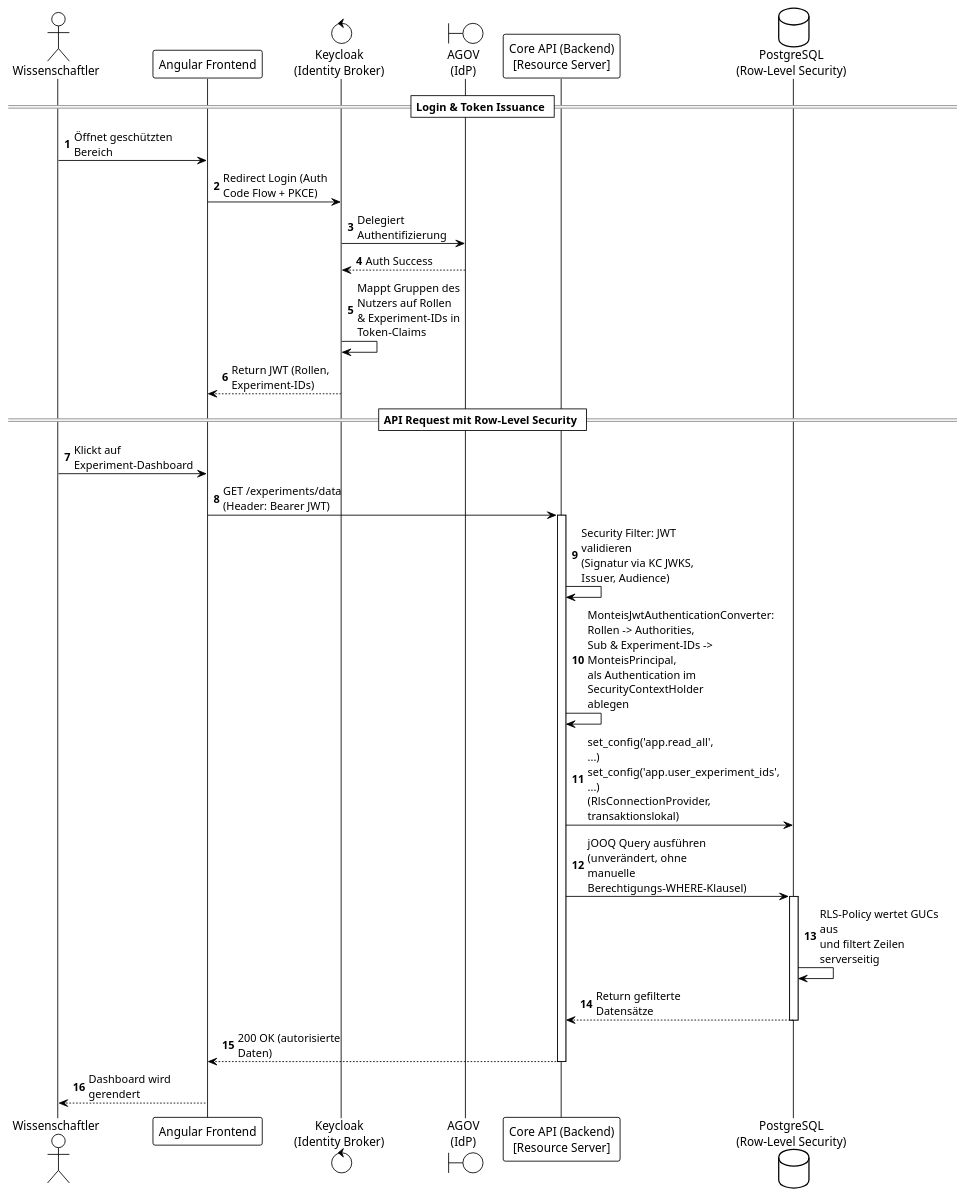
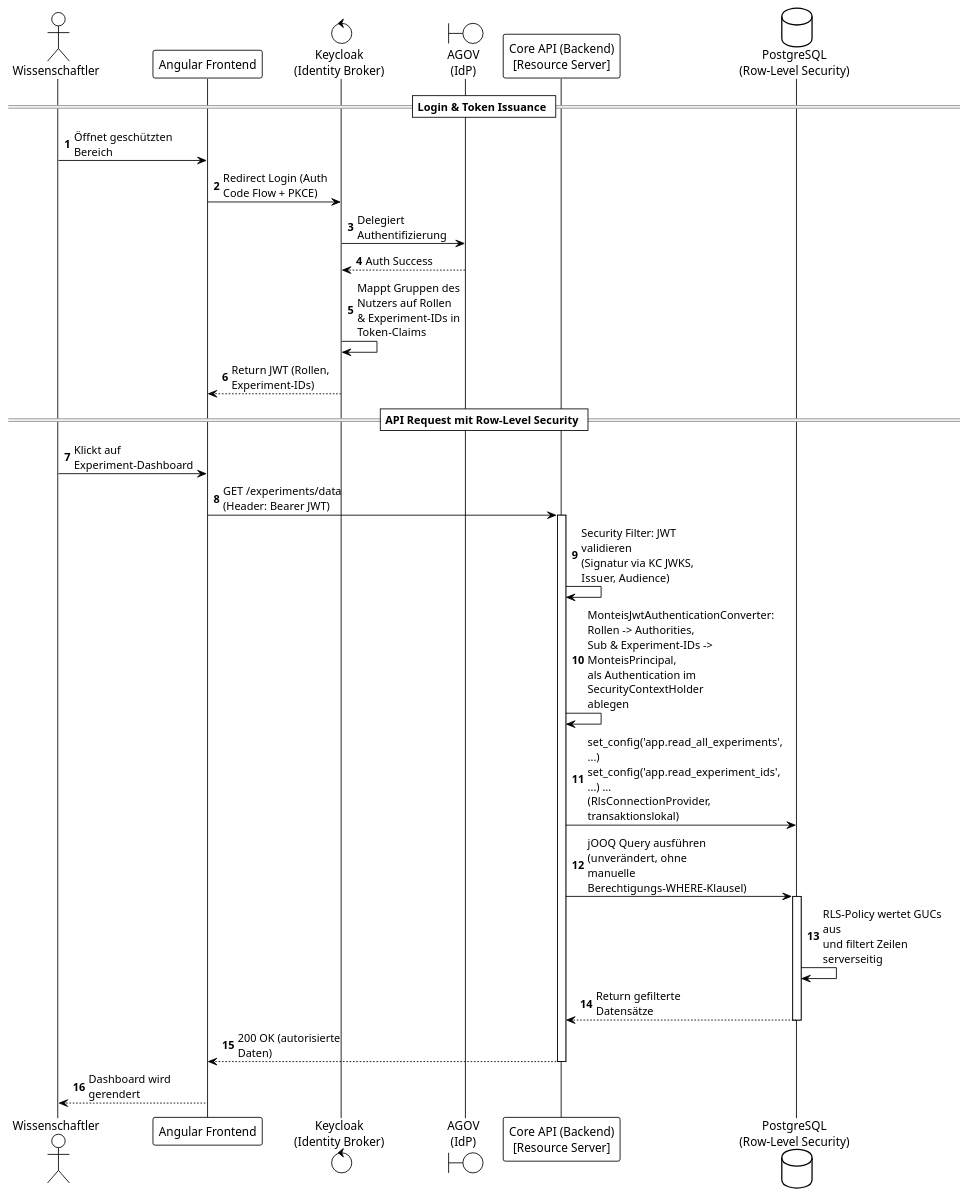
One commit to swisstopo/lg-monteis changed the diagram in documentation/architecture/images/iam-sequence.puml. Above: the diagram before and after it, drawn with PlantUML. The commit also changed 85 other files, not shown here.

```diff
--- a/documentation/architecture/images/iam-sequence.puml
+++ b/documentation/architecture/images/iam-sequence.puml
@@ -1,41 +1,41 @@
 @startuml
 !theme plain
 autonumber
 skinparam maxMessageSize 150
 
 actor "Wissenschaftler" as User
 participant "Angular Frontend" as UI
 control "Keycloak\n(Identity Broker)" as KC
 boundary "AGOV\n(IdP)" as AGOV
 participant "Core API (Backend)\n[Resource Server]" as Backend
 database "PostgreSQL\n(Row-Level Security)" as DB
 
 == Login & Token Issuance ==
 User -> UI : Öffnet geschützten Bereich
 UI -> KC : Redirect Login (Auth Code Flow + PKCE)
 KC -> AGOV : Delegiert Authentifizierung
 AGOV --> KC : Auth Success
 KC -> KC : Mappt Gruppen des Nutzers auf Rollen\n& Experiment-IDs in Token-Claims
 KC --> UI : Return JWT (Rollen, Experiment-IDs)
 
 == API Request mit Row-Level Security ==
 User -> UI : Klickt auf Experiment-Dashboard
 UI -> Backend : GET /experiments/data\n(Header: Bearer JWT)
 activate Backend
 
 Backend -> Backend : Security Filter: JWT validieren\n(Signatur via KC JWKS, Issuer, Audience)
 Backend -> Backend : MonteisJwtAuthenticationConverter: Rollen -> Authorities,\nSub & Experiment-IDs -> MonteisPrincipal,\nals Authentication im SecurityContextHolder ablegen
 
-Backend -> DB : set_config('app.read_all', ...)\nset_config('app.user_experiment_ids', ...)\n(RlsConnectionProvider, transaktionslokal)
+Backend -> DB : set_config('app.read_all_experiments', ...)\nset_config('app.read_experiment_ids', ...) …\n(RlsConnectionProvider, transaktionslokal)
 Backend -> DB : jOOQ Query ausführen\n(unverändert, ohne manuelle\nBerechtigungs-WHERE-Klausel)
 activate DB
 DB -> DB : RLS-Policy wertet GUCs aus\nund filtert Zeilen serverseitig
 DB --> Backend : Return gefilterte Datensätze
 deactivate DB
 
 Backend --> UI : 200 OK (autorisierte Daten)
 deactivate Backend
 
 UI --> User : Dashboard wird gerendert
 
 @enduml
```
